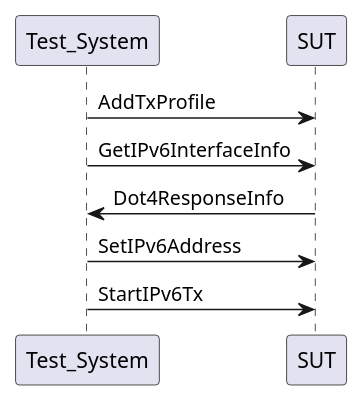
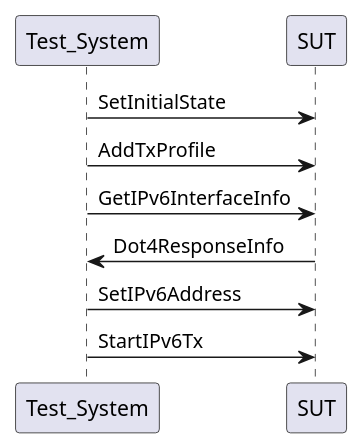
Before and after one commit to certificationoperatingcouncil/COC_TestSpecs: the first of 2 diagrams in Test Sequences/16094 IPv6 Testing TxProfile.md, drawn with PlantUML. The commit also changed other lines of this file and 1 other file, not shown here.

Commit message:
Test Sequences/16094 IPv6 Testing TxProfile - Still Beta, various updates, cleanup

````diff
--- a/Test Sequences/16094 IPv6 Testing TxProfile.md
+++ b/Test Sequences/16094 IPv6 Testing TxProfile.md
@@ -10,7 +14,8 @@
 ```puml
+Test_System->SUT: SetInitialState
 Test_System->SUT: AddTxProfile
 Test_System->SUT: GetIPv6InterfaceInfo
 SUT->Test_System: Dot4ResponseInfo
 Test_System->SUT: SetIPv6Address
 Test_System->SUT: StartIPv6Tx
 ```
````
